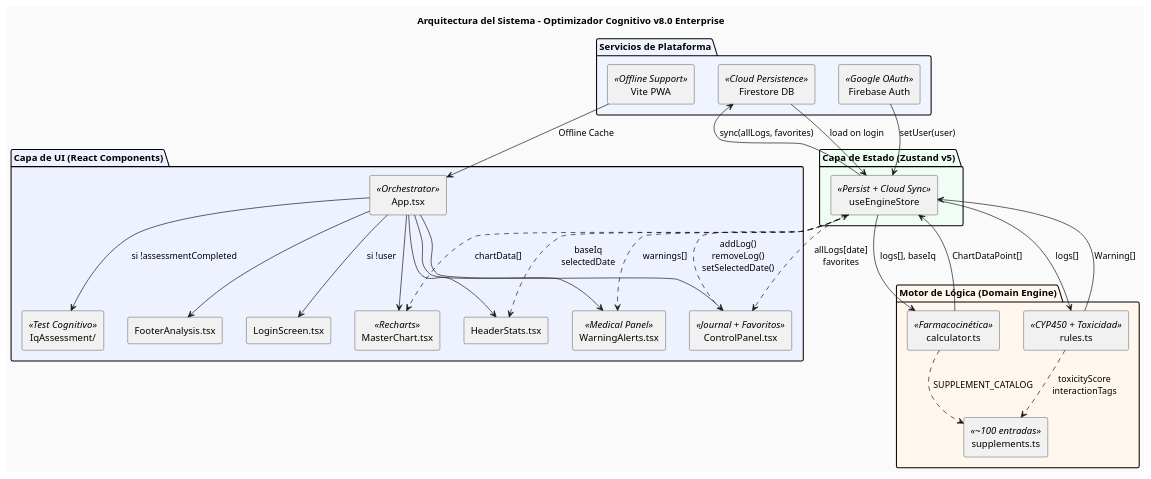
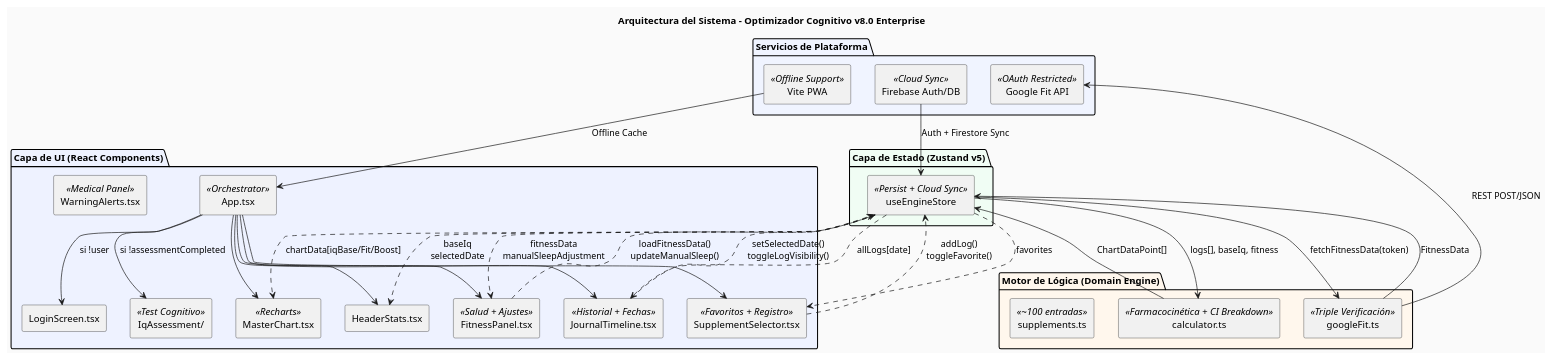
The diagram in diagramas/architecture.puml (Camilo-Alberto-Palacio/optimizador-cognitivo), drawn with PlantUML before and after one commit. The commit also changed 3 other files, not shown here.

Commit message:
Docs: Actualización exhaustiva de diagramas técnicos v8.0 Enterprise

```diff
--- a/diagramas/architecture.puml
+++ b/diagramas/architecture.puml
@@ -1,63 +1,64 @@
 @startuml Architecture_v2
 skinparam componentStyle rectangle
 skinparam backgroundColor #FAFAFA
 title Arquitectura del Sistema - Optimizador Cognitivo v8.0 Enterprise
 
 package "Capa de UI (React Components)" #EEF2FF {
   [App.tsx] as App <<Orchestrator>>
-  [ControlPanel.tsx] as Control <<Journal + Favoritos>>
+  [JournalTimeline.tsx] as Journal <<Historial + Fechas>>
+  [SupplementSelector.tsx] as Selector <<Favoritos + Registro>>
+  [FitnessPanel.tsx] as Fitness <<Salud + Ajustes>>
   [MasterChart.tsx] as Chart <<Recharts>>
   [HeaderStats.tsx] as Stats
   [WarningAlerts.tsx] as Alerts <<Medical Panel>>
   [LoginScreen.tsx] as Login
   [IqAssessment/] as IQ <<Test Cognitivo>>
-  [FooterAnalysis.tsx] as Footer
 }
 
 package "Capa de Estado (Zustand v5)" #F0FDF4 {
   [useEngineStore] as Store <<Persist + Cloud Sync>>
 }
 
 package "Motor de Lógica (Domain Engine)" #FFF7ED {
-  [calculator.ts] as CalcEngine <<Farmacocinética>>
-  [rules.ts] as RulesEngine <<CYP450 + Toxicidad>>
+  [calculator.ts] as CalcEngine <<Farmacocinética + CI Breakdown>>
+  [googleFit.ts] as FitService <<Triple Verificación>>
   [supplements.ts] as Catalog <<~100 entradas>>
 }
 
 package "Servicios de Plataforma" #F0F4FF {
-  [Firebase Auth] as Auth <<Google OAuth>>
-  [Firestore DB] as DB <<Cloud Persistence>>
+  [Google Fit API] as FitAPI <<OAuth Restricted>>
+  [Firebase Auth/DB] as Cloud <<Cloud Sync>>
   [Vite PWA] as PWA <<Offline Support>>
 }
 
-' UI a Zustand
-App --> Control
+' UI a Zustand/Servicios
+App --> Journal
+App --> Selector
+App --> Fitness
 App --> Chart
 App --> Stats
-App --> Alerts
-App --> Footer
 App --> Login : "si !user"
 App --> IQ : "si !assessmentCompleted"
 
-Store ..> Control : "allLogs[date]\nfavorites"
-Store ..> Chart : "chartData[]"
+Store ..> Journal : "allLogs[date]"
+Store ..> Selector : "favorites"
+Store ..> Fitness : "fitnessData\nmanualSleepAdjustment"
+Store ..> Chart : "chartData[iqBase/Fit/Boost]"
 Store ..> Stats : "baseIq\nselectedDate"
-Store ..> Alerts : "warnings[]"
 
-Control ..> Store : "addLog()\nremoveLog()\nsetSelectedDate()"
+Journal ..> Store : "setSelectedDate()\ntoggleLogVisibility()"
+Selector ..> Store : "addLog()\ntoggleFavorite()"
+Fitness ..> Store : "loadFitnessData()\nupdateManualSleep()"
 
 ' Zustand a Motor
-Store -down-> CalcEngine : "logs[], baseIq"
+Store -down-> CalcEngine : "logs[], baseIq, fitness"
 CalcEngine -up-> Store : "ChartDataPoint[]"
-Store -down-> RulesEngine : "logs[]"
-RulesEngine -up-> Store : "Warning[]"
-CalcEngine ..> Catalog : "SUPPLEMENT_CATALOG"
-RulesEngine ..> Catalog : "toxicityScore\ninteractionTags"
+Store -down-> FitService : "fetchFitnessData(token)"
+FitService -up-> Store : "FitnessData"
+FitService -right-> FitAPI : "REST POST/JSON"
 
 ' Servicios
-Auth --> Store : "setUser(user)"
-Store --> DB : "sync(allLogs, favorites)"
-DB --> Store : "load on login"
+Cloud --> Store : "Auth + Firestore Sync"
 PWA --> App : "Offline Cache"
 
 @enduml
```
